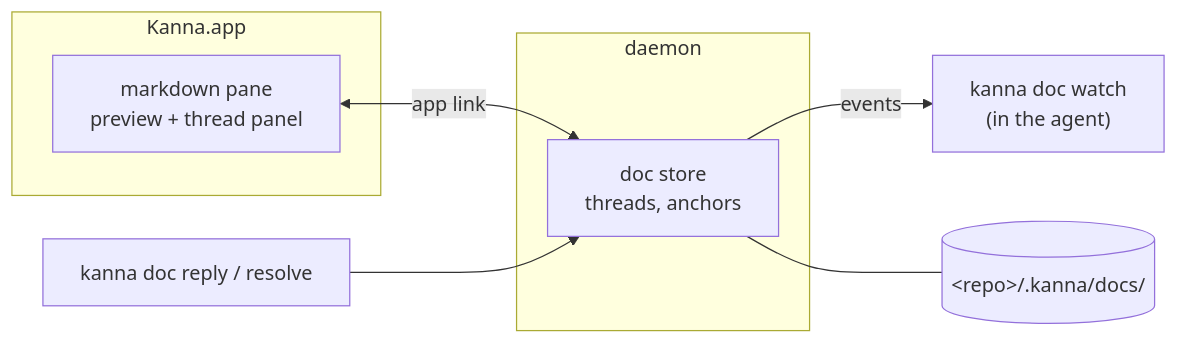
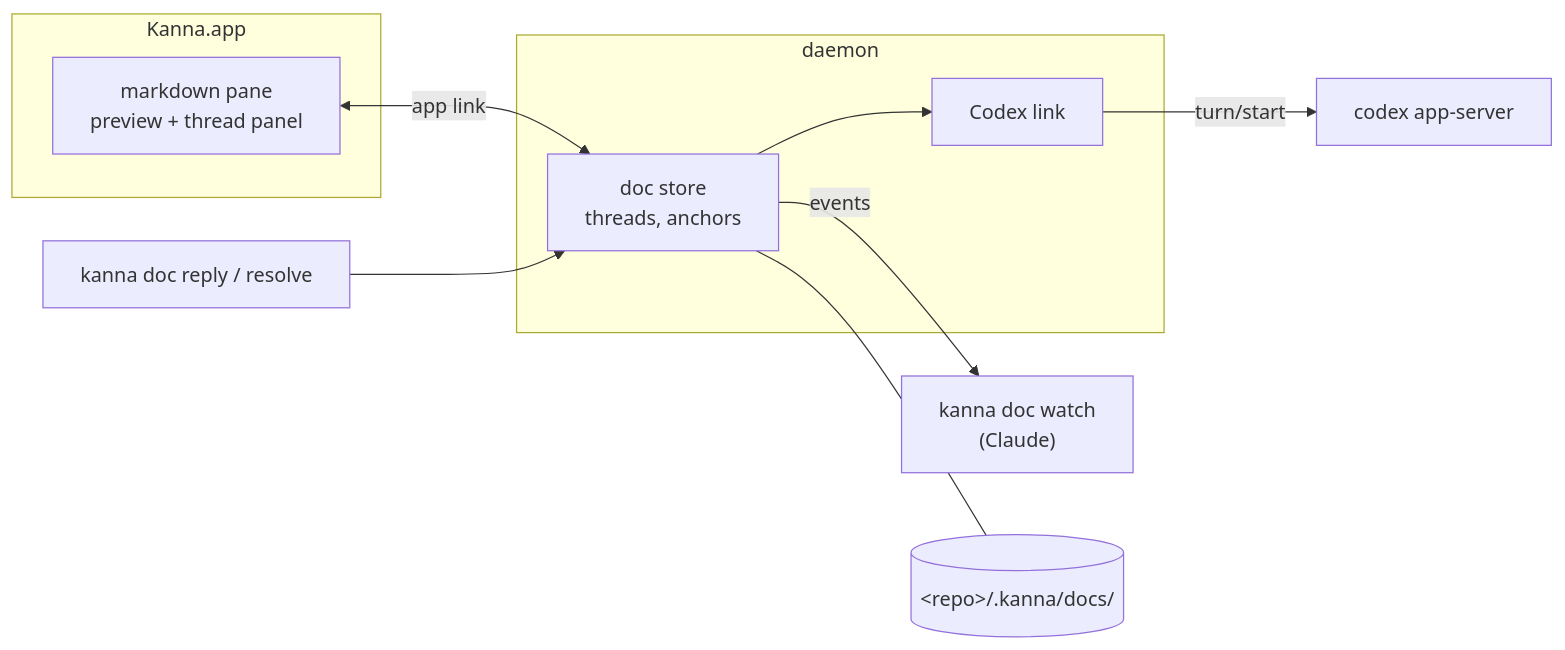
One commit to jemdiggity/kanna-v4 changed the fourth of 4 diagrams in docs/specs/doc-markup.md. Above: the diagram before and after it, drawn with Mermaid. The commit also changed other lines of this file and 3 other files, not shown here.

Commit message:
Doc markup: Codex gets comments as turns through its app-server; markdown pane keys move to their own spec

````diff
--- a/docs/specs/doc-markup.md
+++ b/docs/specs/doc-markup.md
@@ -104,15 +105,18 @@
 ```mermaid
 flowchart LR
     subgraph app["Kanna.app"]
         V["markdown pane<br/>preview + thread panel"]
     end
     subgraph daemon["daemon"]
         S["doc store<br/>threads, anchors"]
+        C["Codex link"]
     end
-    W["kanna doc watch<br/>(in the agent)"]
+    W["kanna doc watch<br/>(Claude)"]
+    AS["codex app-server"]
     CLI["kanna doc reply / resolve"]
     V <-->|app link| S
     S -->|events| W
+    S --> C -->|turn/start| AS
     CLI --> S
     S --- F[("&lt;repo&gt;/.kanna/docs/")]
 ```
````
